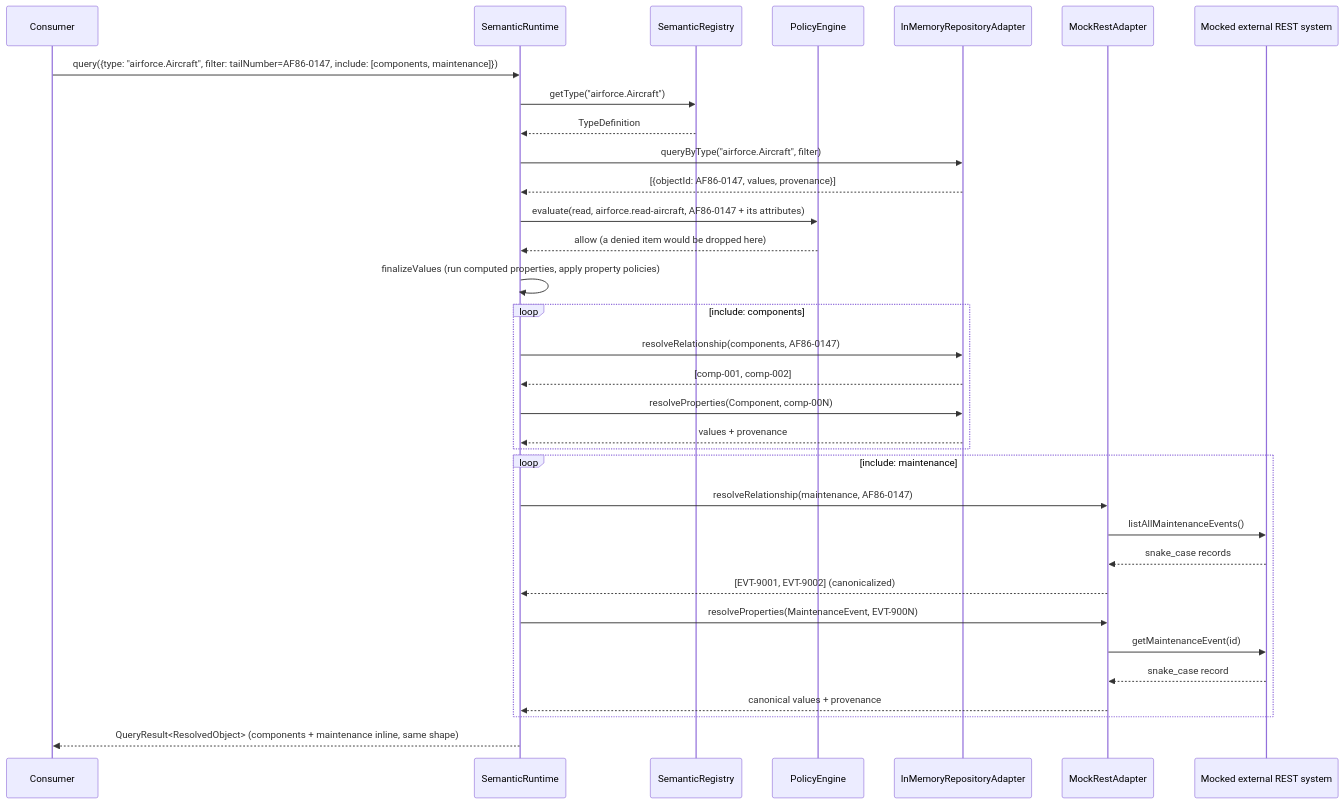
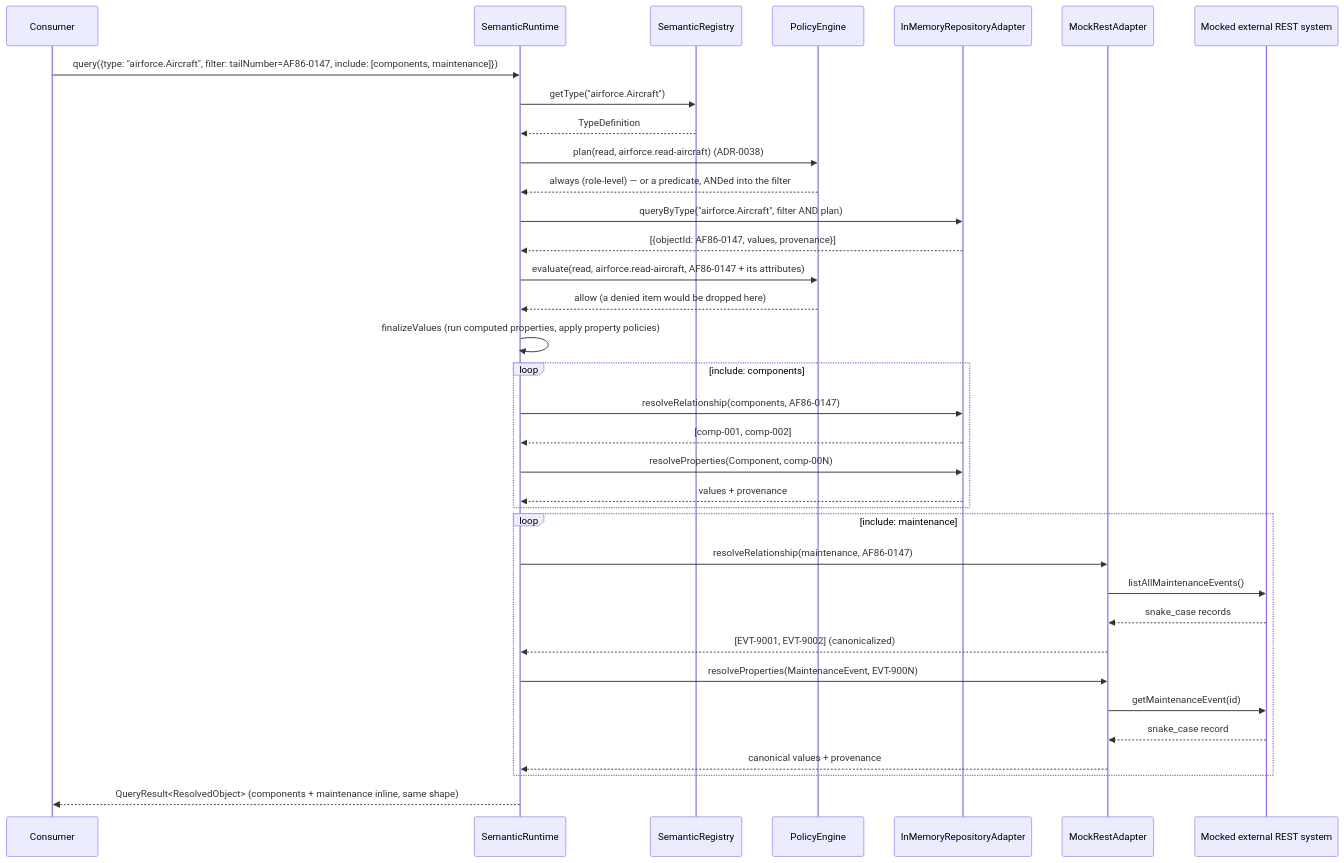
One commit to marlinspike/TypeSystem changed the sixth of 7 diagrams in docs/architecture.md. Above: the diagram before and after it, drawn with Mermaid. The commit also changed other lines of this file and 8 other files, not shown here.

First line of the commit message:
docs, demo: bring the README, architecture, meta-model, and agent guide up to ADR-0046

````diff
--- a/docs/architecture.md
+++ b/docs/architecture.md
@@ -386,36 +420,38 @@
 ```mermaid
 sequenceDiagram
     participant C as Consumer
     participant RT as SemanticRuntime
     participant REG as SemanticRegistry
     participant PE as PolicyEngine
     participant INMEM as InMemoryRepositoryAdapter
     participant REST as MockRestAdapter
     participant EXT as Mocked external REST system
 
     C->>RT: query({type: "airforce.Aircraft", filter: tailNumber=AF86-0147, include: [components, maintenance]})
     RT->>REG: getType("airforce.Aircraft")
     REG-->>RT: TypeDefinition
-    RT->>INMEM: queryByType("airforce.Aircraft", filter)
+    RT->>PE: plan(read, airforce.read-aircraft) (ADR-0038)
+    PE-->>RT: always (role-level) — or a predicate, ANDed into the filter
+    RT->>INMEM: queryByType("airforce.Aircraft", filter AND plan)
     INMEM-->>RT: [{objectId: AF86-0147, values, provenance}]
     RT->>PE: evaluate(read, airforce.read-aircraft, AF86-0147 + its attributes)
     PE-->>RT: allow (a denied item would be dropped here)
     RT->>RT: finalizeValues (run computed properties, apply property policies)
     loop include: components
         RT->>INMEM: resolveRelationship(components, AF86-0147)
         INMEM-->>RT: [comp-001, comp-002]
         RT->>INMEM: resolveProperties(Component, comp-00N)
         INMEM-->>RT: values + provenance
     end
     loop include: maintenance
         RT->>REST: resolveRelationship(maintenance, AF86-0147)
         REST->>EXT: listAllMaintenanceEvents()
         EXT-->>REST: snake_case records
         REST-->>RT: [EVT-9001, EVT-9002] (canonicalized)
         RT->>REST: resolveProperties(MaintenanceEvent, EVT-900N)
         REST->>EXT: getMaintenanceEvent(id)
         EXT-->>REST: snake_case record
         REST-->>RT: canonical values + provenance
     end
     RT-->>C: QueryResult<ResolvedObject> (components + maintenance inline, same shape)
 ```
````
